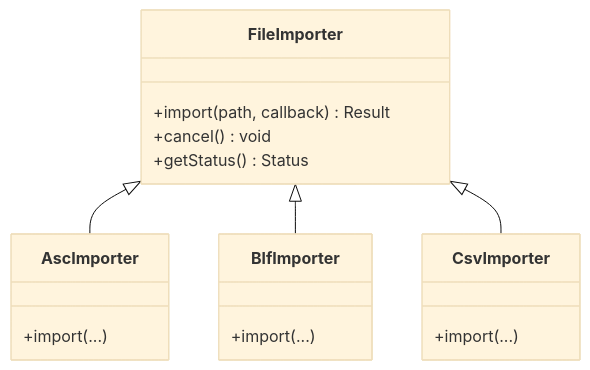
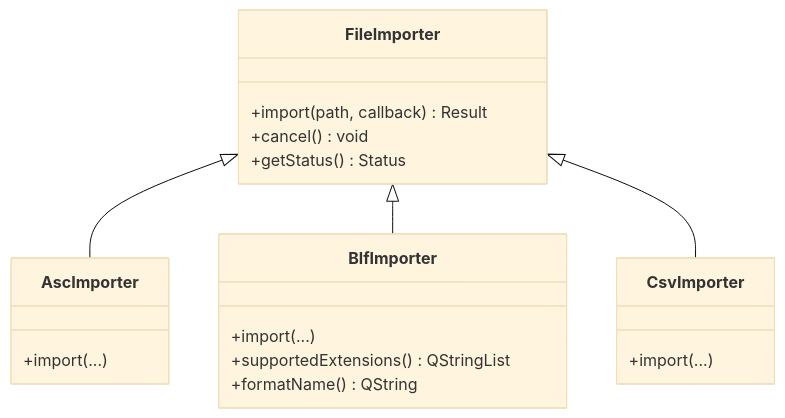
One commit to jakecai1225-design/OpenBus changed the tenth of 11 diagrams in .qoder/repowiki/zh/content/核心模块详解/CAN文件IO系统.md. Above: the diagram before and after it, drawn with Mermaid (base theme). The commit also changed other lines of this file and 38 other files, not shown here.

````diff
--- a/.qoder/repowiki/zh/content/核心模块详解/CAN文件IO系统.md
+++ b/.qoder/repowiki/zh/content/核心模块详解/CAN文件IO系统.md
@@ -407,20 +438,22 @@
 ```mermaid
 classDiagram
 class FileImporter {
 +import(path, callback) Result
 +cancel() void
 +getStatus() Status
 }
 class AscImporter {
 +import(...)
 }
 class BlfImporter {
 +import(...)
++supportedExtensions() QStringList
++formatName() QString
 }
 class CsvImporter {
 +import(...)
 }
 FileImporter <|-- AscImporter
 FileImporter <|-- BlfImporter
 FileImporter <|-- CsvImporter
 ```
````
